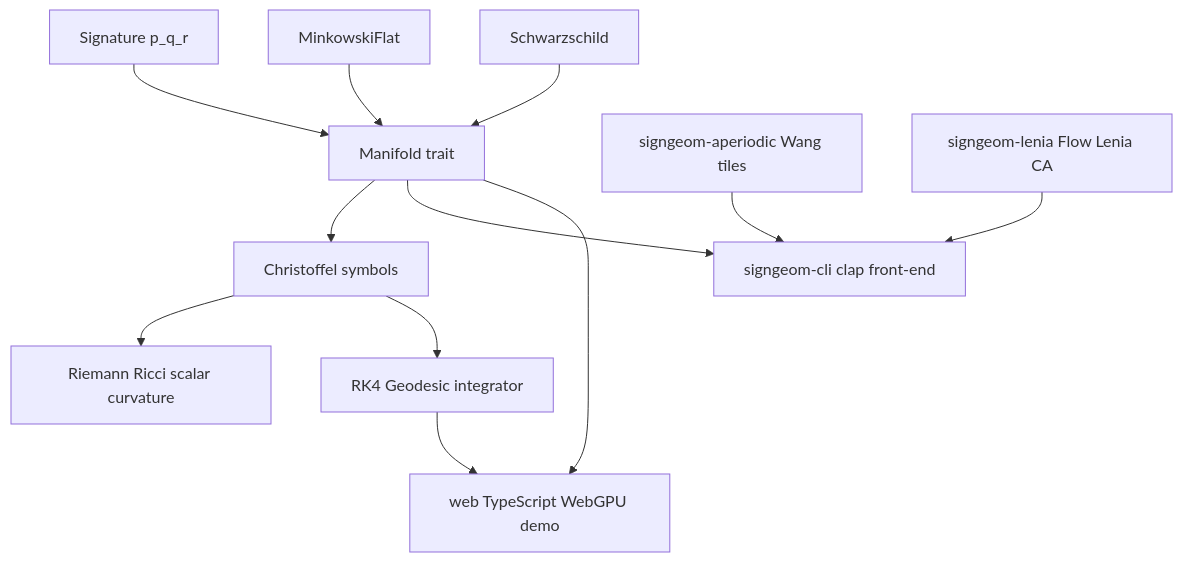
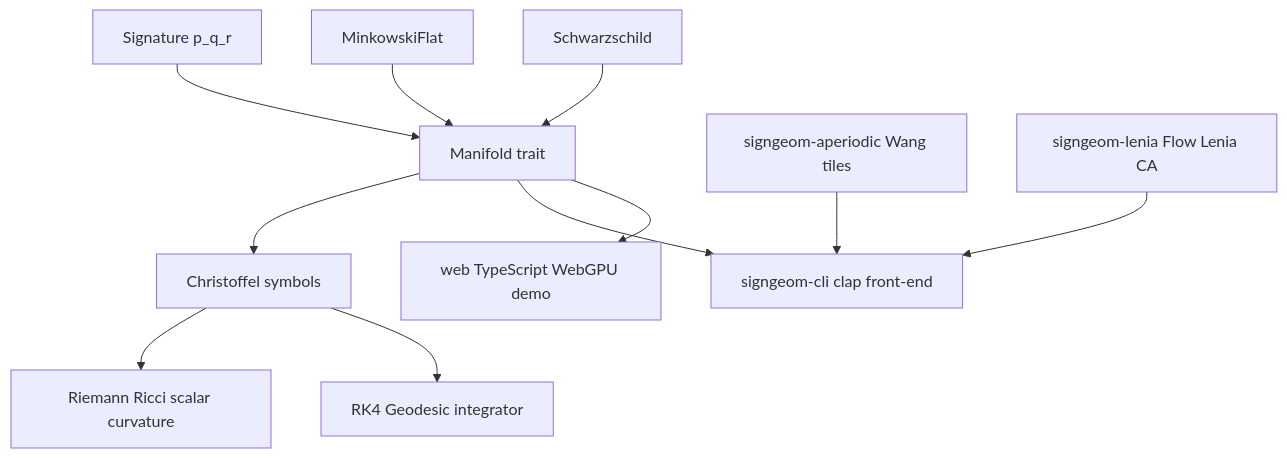
Before and after one commit to hinanohart/signgeom: the diagram in README.md, drawn with Mermaid. The commit also changed other lines of this file, not shown here.

````diff
--- a/README.md
+++ b/README.md
@@ -18,26 +18,25 @@
 ```mermaid
 flowchart TD
     SIG[Signature p_q_r]
     MAN[Manifold trait]
     CHR[Christoffel symbols]
     CUR[Riemann Ricci scalar curvature]
     GEO[RK4 Geodesic integrator]
     FLAT[MinkowskiFlat]
     SCH[Schwarzschild]
     APERIODIC[signgeom-aperiodic Wang tiles]
     LENIA[signgeom-lenia Flow Lenia CA]
     CLI[signgeom-cli clap front-end]
     WEB[web TypeScript WebGPU demo]
 
     SIG --> MAN
     MAN --> CHR
     CHR --> CUR
     CHR --> GEO
     FLAT --> MAN
     SCH --> MAN
     MAN --> CLI
     MAN --> WEB
     APERIODIC --> CLI
     LENIA --> CLI
-    GEO --> WEB
 ```
````
